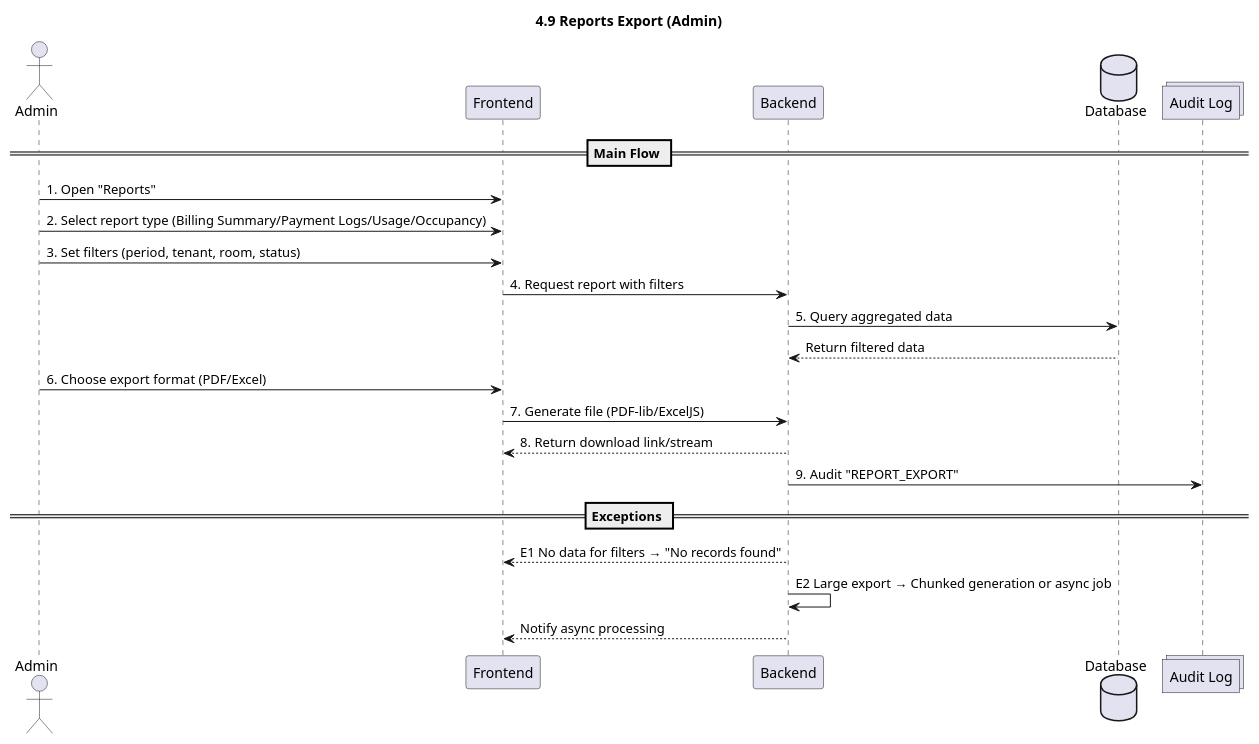
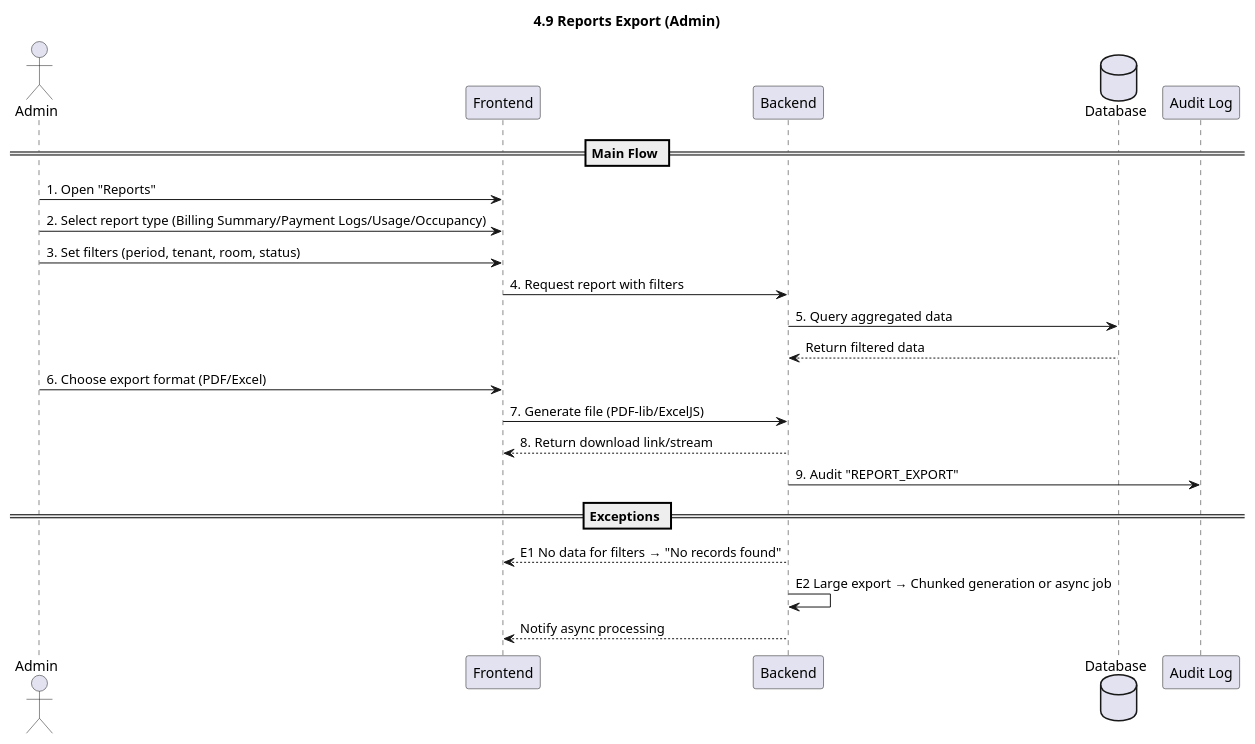
One commit to chae-oop/Sequence-Model-ubcms changed the diagram in Sequence Diagram Model/4.9_ReportsExport.puml. Above: the diagram before and after it, drawn with PlantUML.

```diff
--- a/Sequence Diagram Model/4.9_ReportsExport.puml
+++ b/Sequence Diagram Model/4.9_ReportsExport.puml
@@ -1,28 +1,28 @@
 @startuml
 title 4.9 Reports Export (Admin)
 
 actor Admin
 participant Frontend
 participant Backend
 database Database
-collections "Audit Log" as Log
+participant "Audit Log" as Log
 
 == Main Flow ==
 Admin -> Frontend: 1. Open "Reports"
 Admin -> Frontend: 2. Select report type (Billing Summary/Payment Logs/Usage/Occupancy)
 Admin -> Frontend: 3. Set filters (period, tenant, room, status)
 Frontend -> Backend: 4. Request report with filters
 Backend -> Database: 5. Query aggregated data
 Database --> Backend: Return filtered data
 Admin -> Frontend: 6. Choose export format (PDF/Excel)
 Frontend -> Backend: 7. Generate file (PDF-lib/ExcelJS)
 Backend --> Frontend: 8. Return download link/stream
 Backend -> Log: 9. Audit "REPORT_EXPORT"
 
 == Exceptions ==
 Backend --> Frontend: E1 No data for filters → "No records found"
 
 Backend -> Backend: E2 Large export → Chunked generation or async job
 Backend --> Frontend: Notify async processing
 
 @enduml
```
